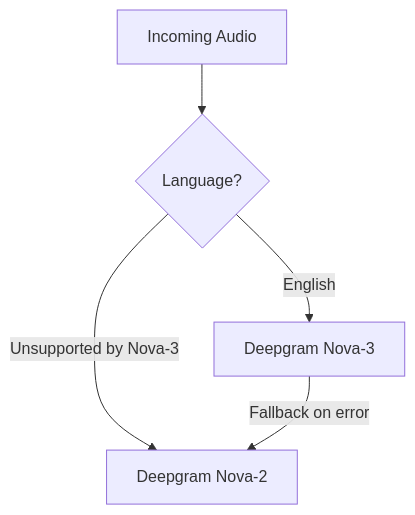
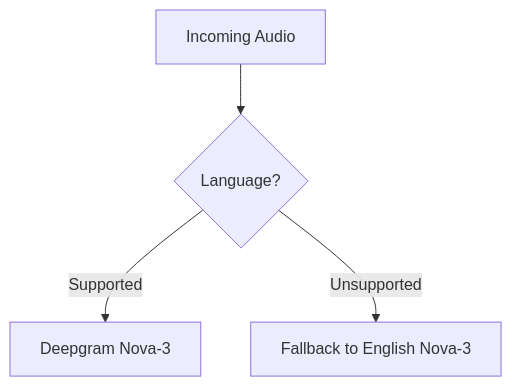
One commit to DG303/omi changed the second of 5 diagrams in docs/doc/developer/backend/transcription.mdx. Above: the diagram before and after it, drawn with Mermaid. The commit also changed other lines of this file, not shown here.

Commit message:
Update STT docs to reflect Nova-3-only architecture (#6382)
Remove Nova-2 references from model selection diagram and provider table.

````diff
--- a/docs/doc/developer/backend/transcription.mdx
+++ b/docs/doc/developer/backend/transcription.mdx
@@ -155,7 +155,6 @@
 ```mermaid
 flowchart TD
     Start[Incoming Audio] --> Lang{Language?}
-    Lang -->|English| DG3[Deepgram Nova-3]
-    Lang -->|Unsupported by Nova-3| DG2[Deepgram Nova-2]
-    DG3 -->|Fallback on error| DG2
+    Lang -->|Supported| DG3[Deepgram Nova-3]
+    Lang -->|Unsupported| Fallback[Fallback to English Nova-3]
 ```
````
